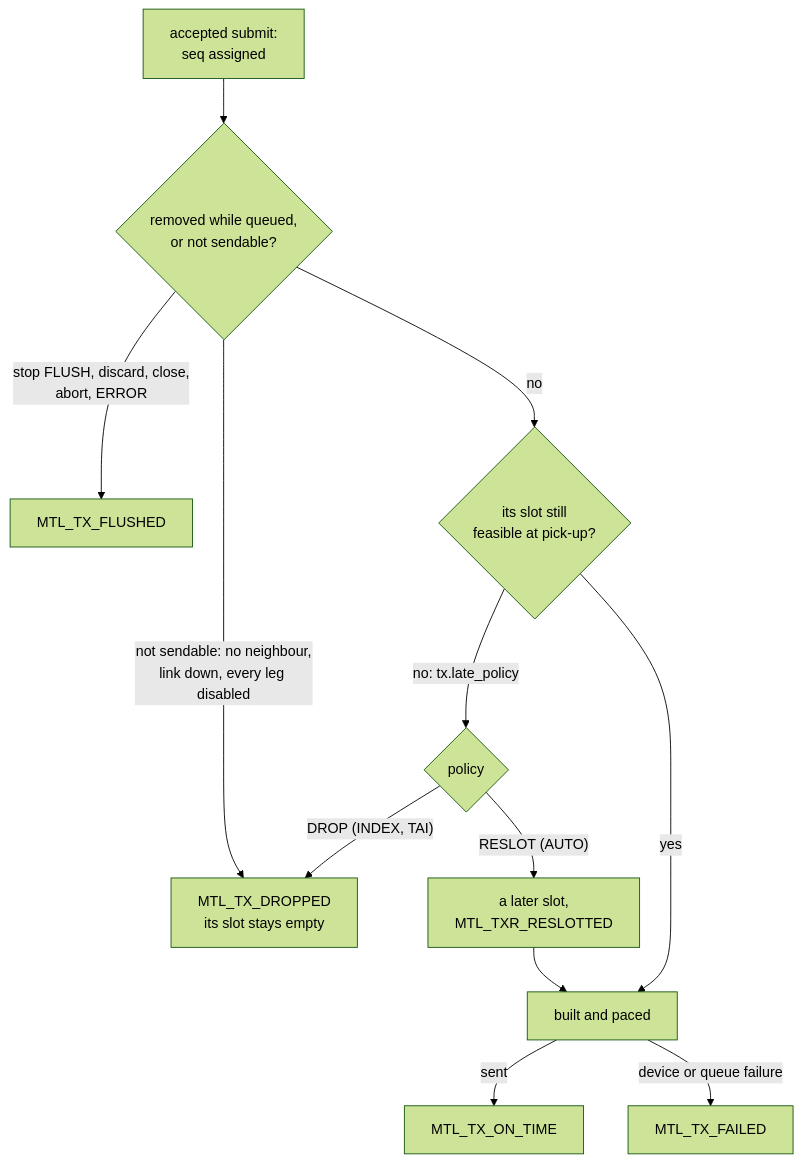
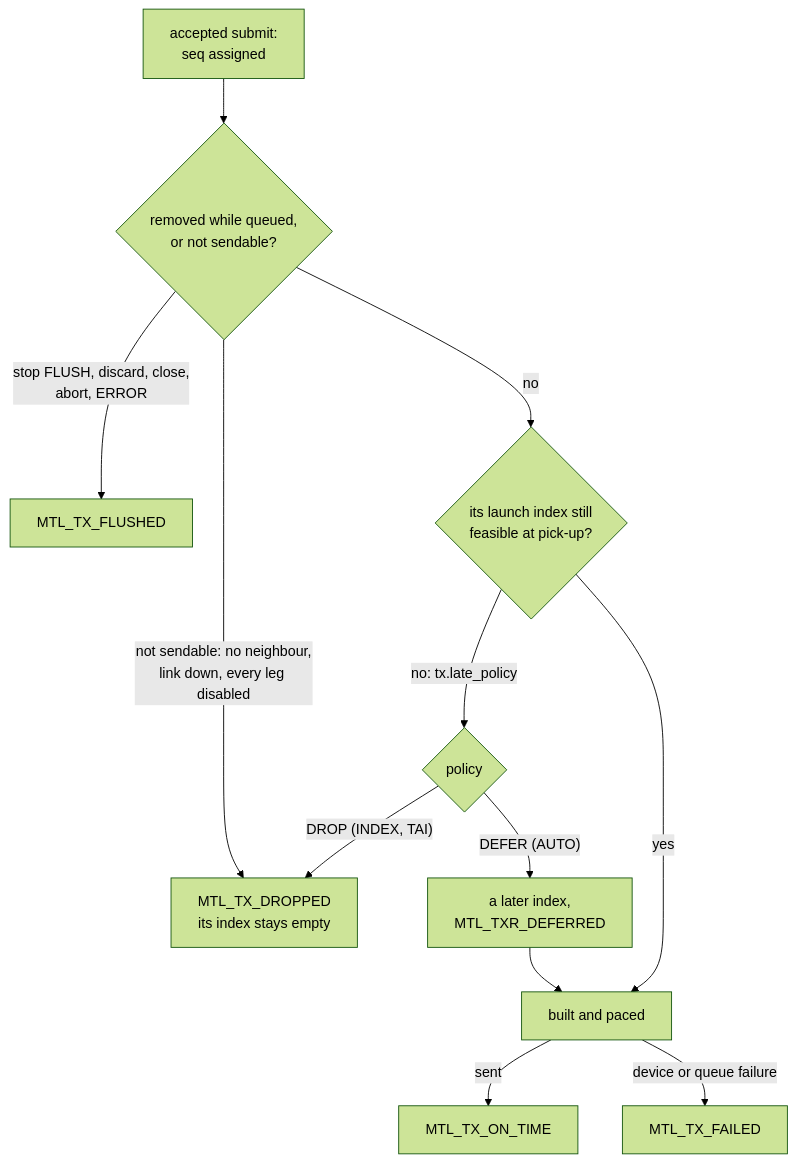
Diagram 44 of 56 in doc/unified-api/diagrams.md (Sakoram/Media-Transport-Library), drawn with Mermaid (forest theme) before and after one commit. The commit also changed other lines of this file and 53 other files, not shown here.

````diff
--- a/doc/unified-api/diagrams.md
+++ b/doc/unified-api/diagrams.md
@@ -1205,14 +1214,14 @@
 ```mermaid
 flowchart TB
     S["accepted submit:<br/>seq assigned"] --> X{"removed while queued,<br/>or not sendable?"}
     X -->|"stop FLUSH, discard, close,<br/>abort, ERROR"| FL["MTL_TX_FLUSHED"]
-    X -->|"no"| D{"its slot still<br/>feasible at pick-up?"}
+    X -->|"no"| D{"its launch index still<br/>feasible at pick-up?"}
     D -->|"yes"| B["built and paced"]
     D -->|"no: tx.late_policy"| LP{"policy"}
-    LP -->|"DROP (INDEX, TAI)"| DR["MTL_TX_DROPPED<br/>its slot stays empty"]
-    LP -->|"RESLOT (AUTO)"| RS["a later slot,<br/>MTL_TXR_RESLOTTED"]
+    LP -->|"DROP (INDEX, TAI)"| DR["MTL_TX_DROPPED<br/>its index stays empty"]
+    LP -->|"DEFER (AUTO)"| RS["a later index,<br/>MTL_TXR_DEFERRED"]
     RS --> B
     X -->|"not sendable: no neighbour,<br/>link down, every leg disabled"| DR
     B -->|"sent"| OT["MTL_TX_ON_TIME"]
     B -->|"device or queue failure"| FA["MTL_TX_FAILED"]
 ```
````
